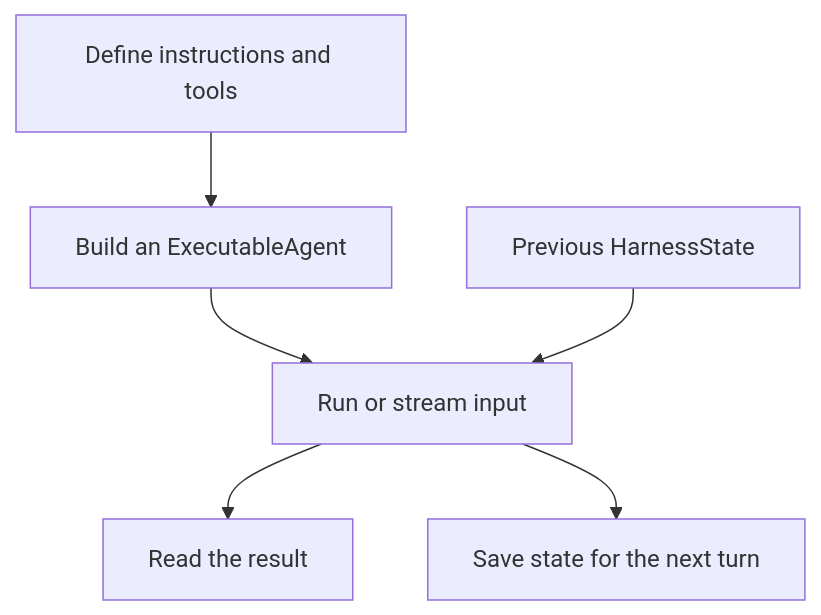
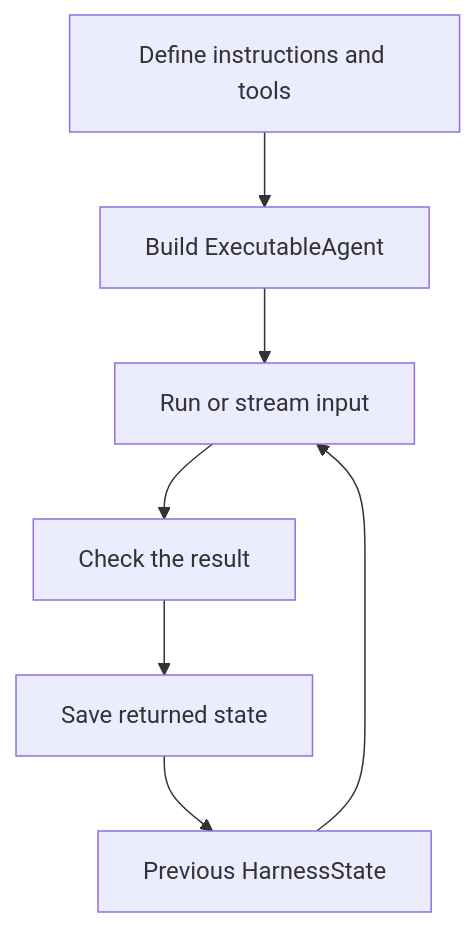
One commit to Jarvis636431/agent-foundation changed the diagram in docs/a13n-harness/index.md. Above: the diagram before and after it, drawn with Mermaid. The commit also changed other lines of this file and 202 other files, not shown here.

````diff
--- a/docs/a13n-harness/index.md
+++ b/docs/a13n-harness/index.md
@@ -15,12 +24,13 @@
 ```mermaid
 flowchart TB
-    Spec["Define instructions and tools"] --> Build["Build an ExecutableAgent"]
+    Spec["Define instructions and tools"] --> Build["Build ExecutableAgent"]
     Build --> Run["Run or stream input"]
     State["Previous HarnessState"] --> Run
-    Run --> Result["Read the result"]
-    Run --> Save["Save state for the next turn"]
+    Run --> Result["Check the result"]
+    Result --> Save["Save returned state"]
+    Save --> State
 
     class Spec,Build,Run a13n
     class State,Save store
     class Result success
 ```
````
